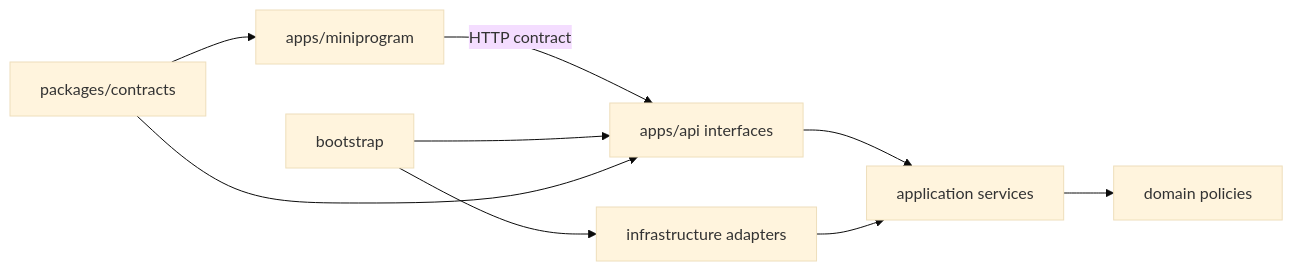
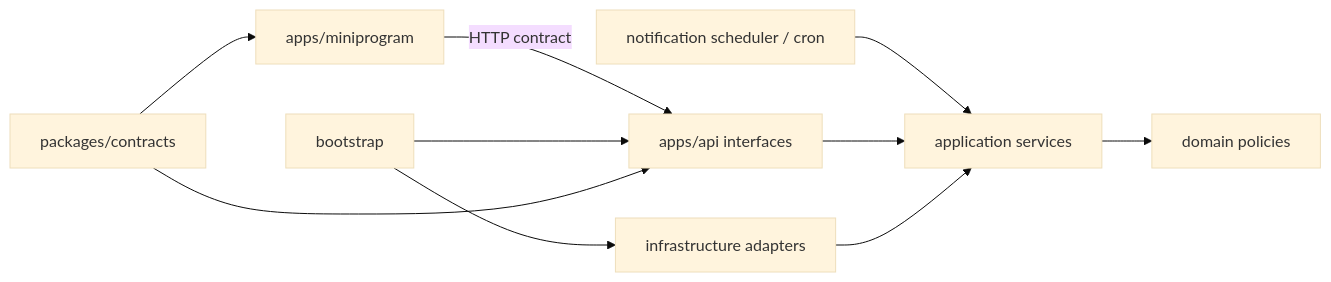
One commit to wangyu-bytedance/push_kids changed the third of 3 diagrams in docs/architecture/ARCHITECTURE.md. Above: the diagram before and after it, drawn with Mermaid (base theme). The commit also changed other lines of this file and 5 other files, not shown here.

````diff
--- a/docs/architecture/ARCHITECTURE.md
+++ b/docs/architecture/ARCHITECTURE.md
@@ -152,11 +161,12 @@
 ```mermaid
 flowchart LR
   MINI[apps/miniprogram] -->|HTTP contract| API[apps/api interfaces]
+  TICK[notification scheduler / cron] --> APP
   API --> APP[application services]
   APP --> DOMAIN[domain policies]
   INFRA[infrastructure adapters] --> APP
   BOOT[bootstrap] --> API
   BOOT --> INFRA
   CONTRACTS[packages/contracts] --> MINI
   CONTRACTS --> API
 ```
````
